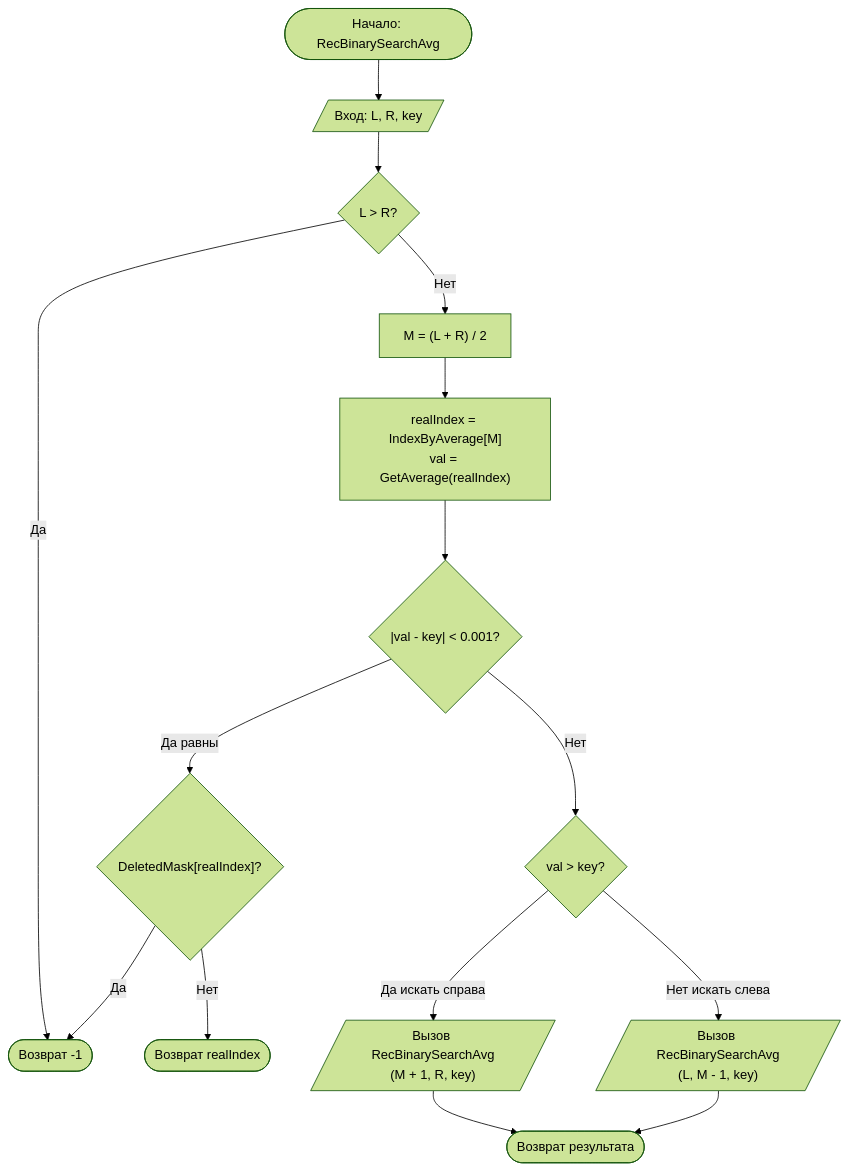
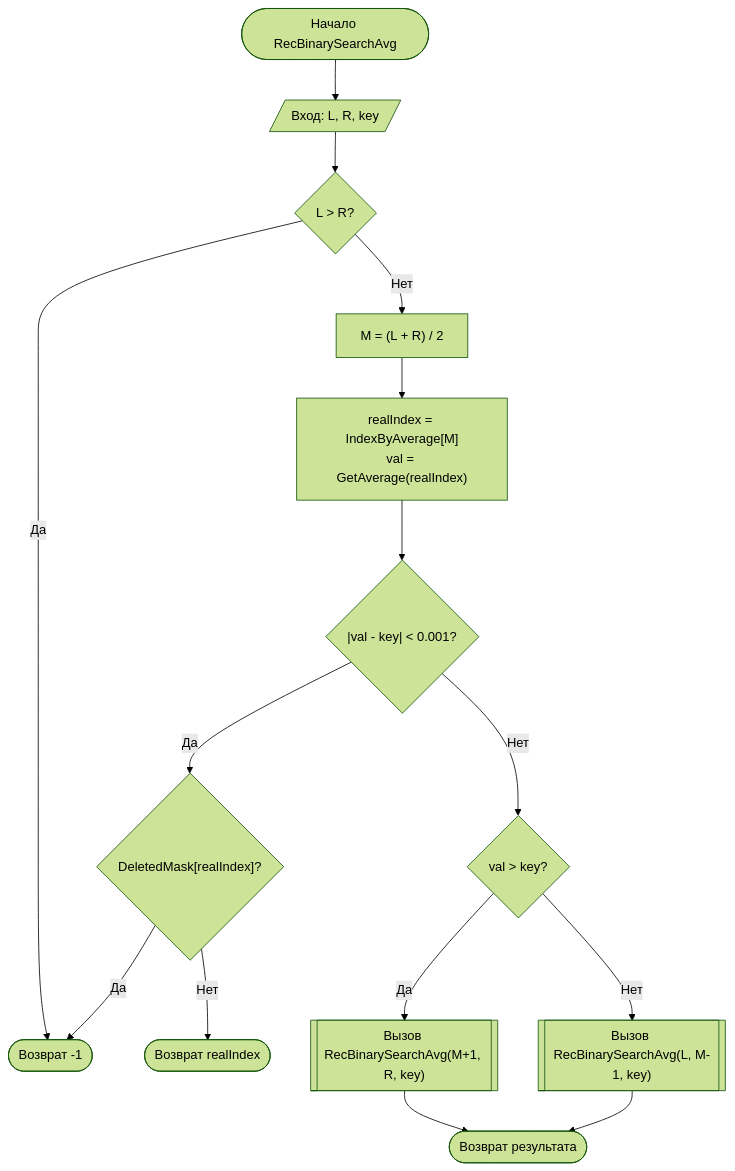
One commit to Zrossiz/toi changed the fourth of 4 diagrams in README.md. Above: the diagram before and after it, drawn with Mermaid (forest theme). The commit also changed other lines of this file, not shown here.

````diff
--- a/README.md
+++ b/README.md
@@ -69,23 +114,24 @@
 ```mermaid
 flowchart TD
-    Start([Начало: RecBinarySearchAvg]) --> Args[/Вход: L, R, key/]
-    Args --> CheckBase{"L > R?"}
+    Start([Начало RecBinarySearchAvg]) --> Input[/Вход: L, R, key/]
 
+    Input --> CheckBase{"L > R?"}
     CheckBase -- Да --> RetNotFound([Возврат -1])
-    CheckBase -- Нет --> CalcMid["M = (L + R) / 2"]
 
-    CalcMid --> GetVal["realIndex = IndexByAverage[M]\nval = GetAverage(realIndex)"]
+    CheckBase -- Нет --> CalcM["M = (L + R) / 2"]
+    CalcM --> GetVal["realIndex = IndexByAverage[M]<br/>val = GetAverage(realIndex)"]
+
     GetVal --> CheckEq{"|val - key| < 0.001?"}
 
-    CheckEq -- Да равны --> CheckDel2{"DeletedMask[realIndex]?"}
-    CheckDel2 -- Да --> RetNotFound
-    CheckDel2 -- Нет --> RetFound([Возврат realIndex])
+    CheckEq -- Да --> CheckDel{"DeletedMask[realIndex]?"}
+    CheckDel -- Да --> RetNotFound
+    CheckDel -- Нет --> RetFound([Возврат realIndex])
 
     CheckEq -- Нет --> CheckGreater{"val > key?"}
 
-    CheckGreater -- Да искать справа --> CallRight[/"Вызов RecBinarySearchAvg\n(M + 1, R, key)"/]
-    CheckGreater -- Нет искать слева --> CallLeft[/"Вызов RecBinarySearchAvg\n(L, M - 1, key)"/]
+    CheckGreater -- Да --> CallRight[["Вызов RecBinarySearchAvg(M+1, R, key)"]]
+    CheckGreater -- Нет --> CallLeft[["Вызов RecBinarySearchAvg(L, M-1, key)"]]
 
-    CallRight --> ReturnRes([Возврат результата])
-    CallLeft --> ReturnRes
+    CallRight --> End([Возврат результата])
+    CallLeft --> End
 ```
````
